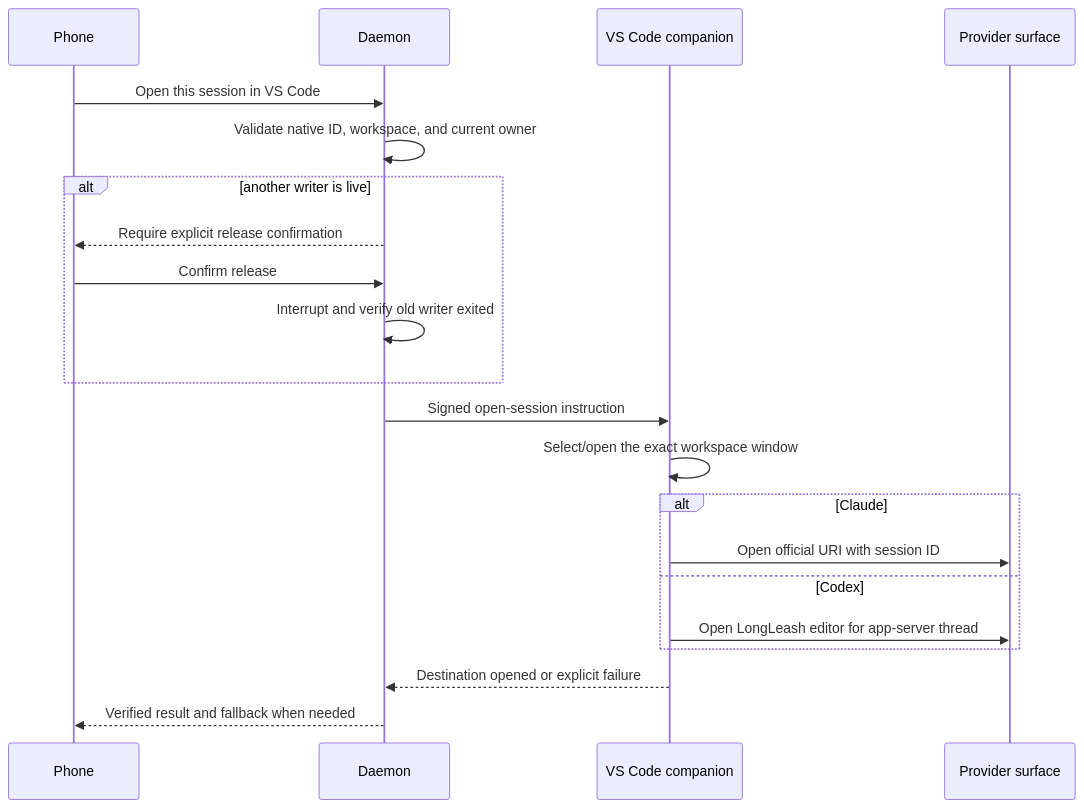
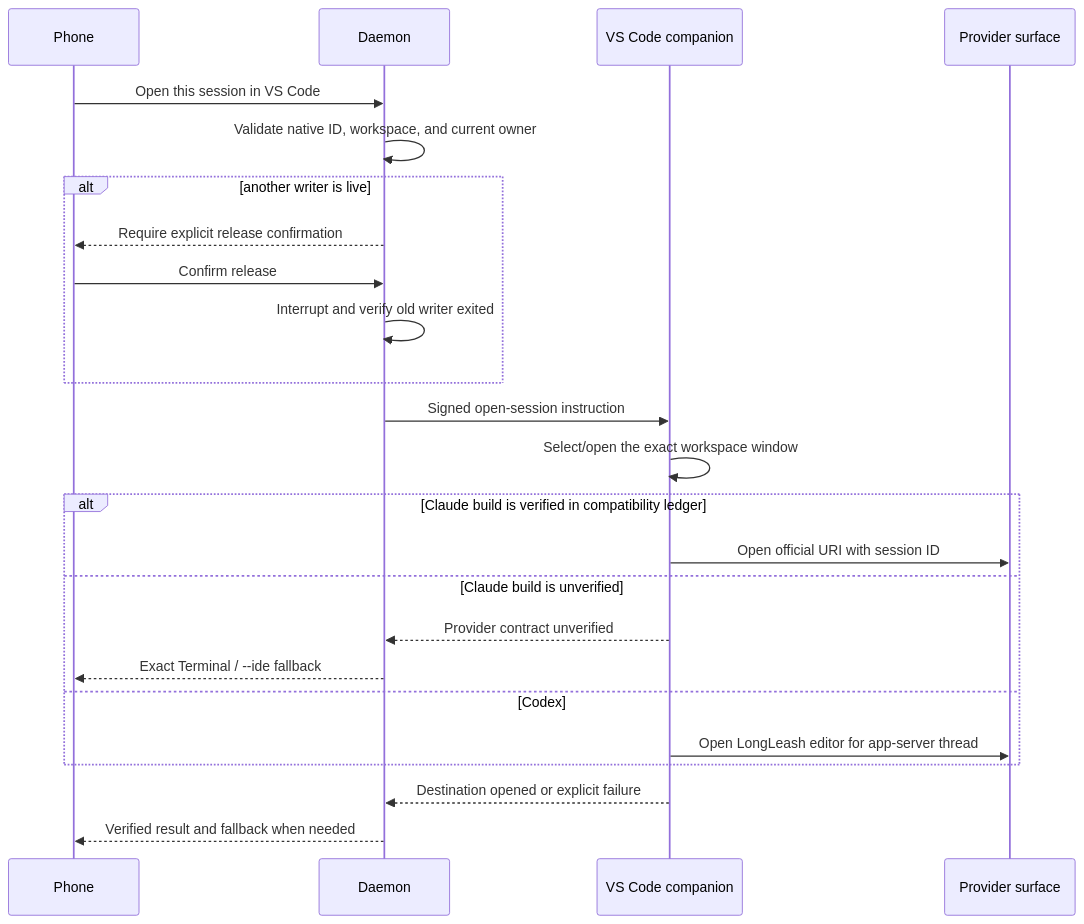
One commit to Sahith59/LongLe-sh changed the second of 2 diagrams in docs/VSCODE-EXTENSION.md. Above: the diagram before and after it, drawn with Mermaid. The commit also changed other lines of this file and 34 other files, not shown here.

````diff
--- a/docs/VSCODE-EXTENSION.md
+++ b/docs/VSCODE-EXTENSION.md
@@ -104,24 +108,27 @@
 ```mermaid
 sequenceDiagram
     participant P as Phone
     participant D as Daemon
     participant E as VS Code companion
     participant V as Provider surface
 
     P->>D: Open this session in VS Code
     D->>D: Validate native ID, workspace, and current owner
     alt another writer is live
         D-->>P: Require explicit release confirmation
         P->>D: Confirm release
         D->>D: Interrupt and verify old writer exited
     end
     D->>E: Signed open-session instruction
     E->>E: Select/open the exact workspace window
-    alt Claude
+    alt Claude build is verified in compatibility ledger
         E->>V: Open official URI with session ID
+    else Claude build is unverified
+        E-->>D: Provider contract unverified
+        D-->>P: Exact Terminal / --ide fallback
     else Codex
         E->>V: Open LongLeash editor for app-server thread
     end
     E-->>D: Destination opened or explicit failure
     D-->>P: Verified result and fallback when needed
 ```
````
